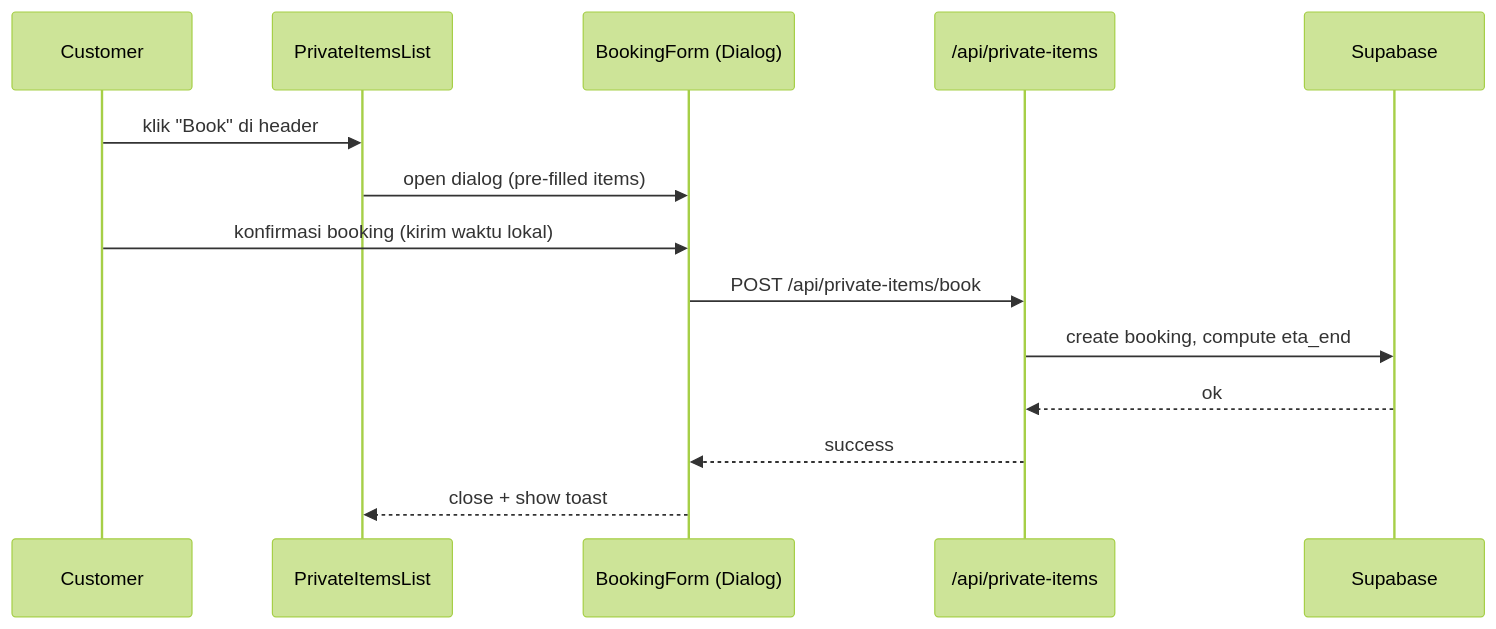
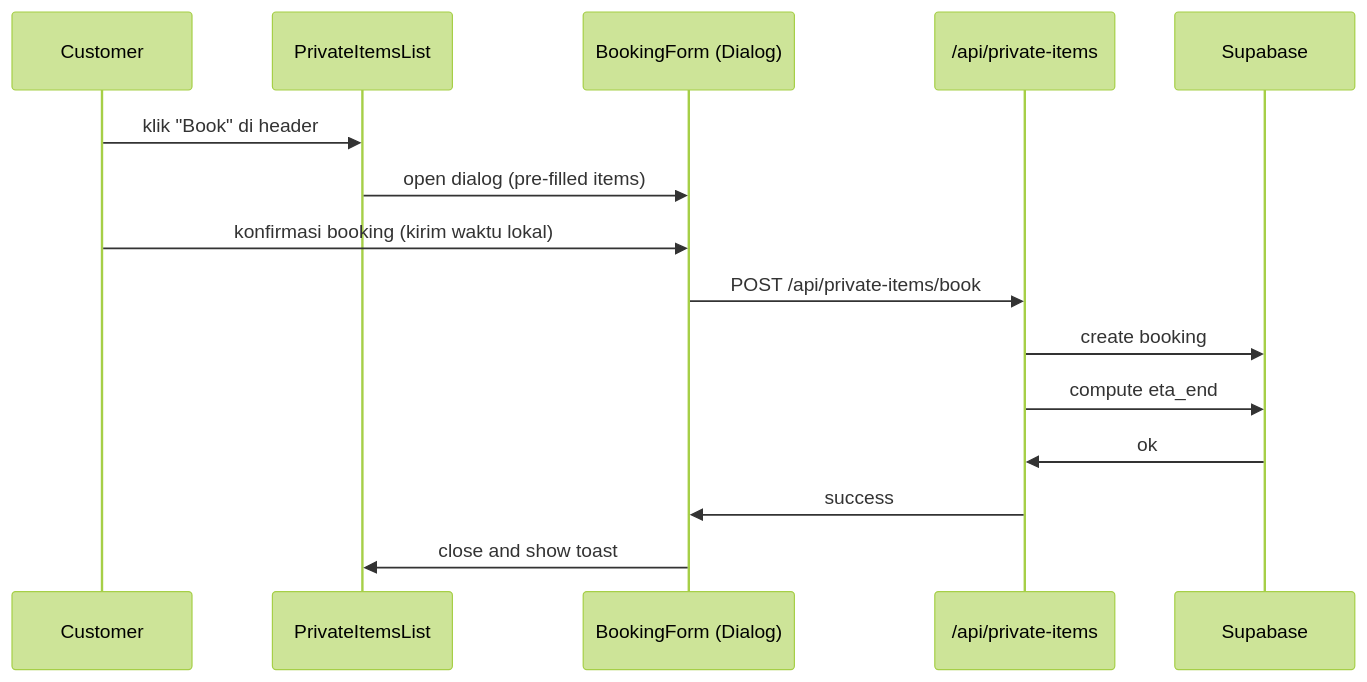
The third of 5 diagrams in docs/diagrams/README.md (Resanso/barber-apps), drawn with Mermaid (forest theme) before and after one commit. The commit also changed other lines of this file, not shown here.

````diff
--- a/docs/diagrams/README.md
+++ b/docs/diagrams/README.md
@@ -77,17 +78,18 @@
 ```mermaid
 sequenceDiagram
   participant C as Customer
   participant PList as PrivateItemsList
   participant Modal as BookingForm (Dialog)
   participant API as /api/private-items
   participant DB as Supabase
 
   C->>PList: klik "Book" di header
   PList->>Modal: open dialog (pre-filled items)
   C->>Modal: konfirmasi booking (kirim waktu lokal)
   Modal->>API: POST /api/private-items/book
-  API->>DB: create booking, compute eta_end
-  DB-->>API: ok
-  API-->>Modal: success
-  Modal-->>PList: close + show toast
+  API->>DB: create booking
+  API->>DB: compute eta_end
+  DB->>API: ok
+  API->>Modal: success
+  Modal->>PList: close and show toast
 ```
````
